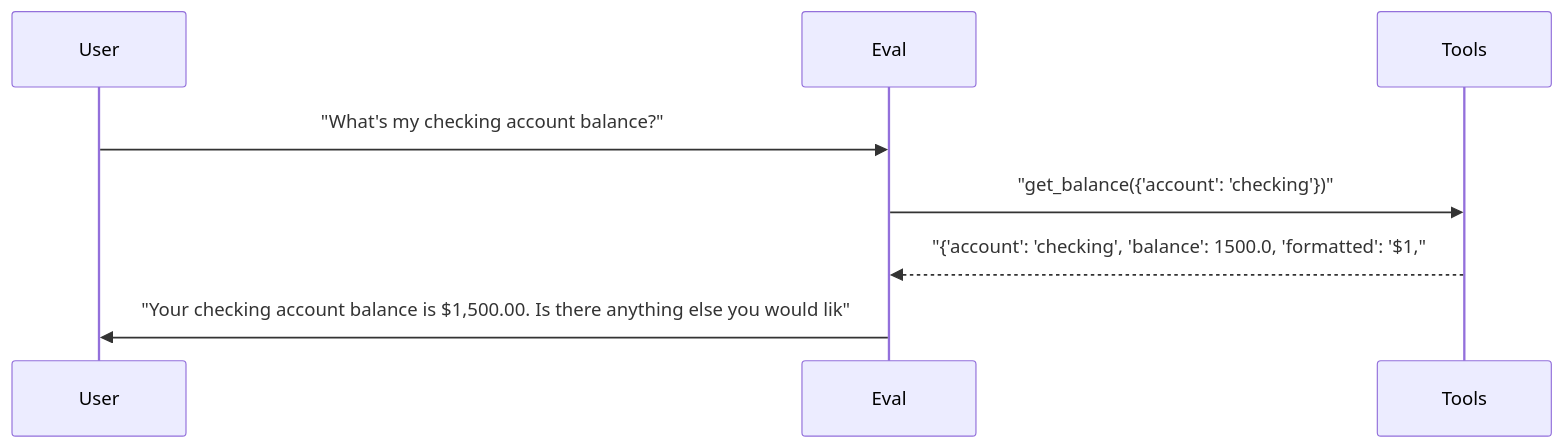
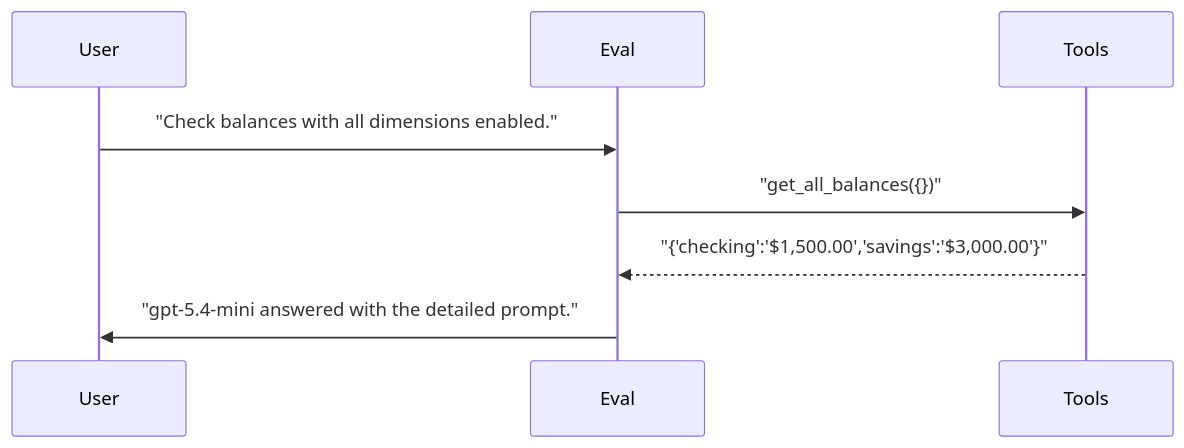
Before and after one commit to sbroenne/pytest-skill-engineering: the second of 4 diagrams in docs/reports/10_dimension_detection.md, drawn with Mermaid. The commit also changed other lines of this file and 137 other files, not shown here.

````diff
--- a/docs/reports/10_dimension_detection.md
+++ b/docs/reports/10_dimension_detection.md
@@ -159,11 +94,11 @@
 ```mermaid
 sequenceDiagram
     participant User
     participant Eval
     participant Tools
 
-    User->>Eval: "What's my checking account balance?"
-    Eval->>Tools: "get_balance({'account': 'checking'})"
-    Tools-->>Eval: "{'account': 'checking', 'balance': 1500.0, 'formatted': '$1,"
-    Eval->>User: "Your checking account balance is $1,500.00. Is there anything else you would lik"
+    User->>Eval: "Check balances with all dimensions enabled."
+    Eval->>Tools: "get_all_balances({})"
+    Tools-->>Eval: "{'checking':'$1,500.00','savings':'$3,000.00'}"
+    Eval->>User: "gpt-5.4-mini answered with the detailed prompt."
 ```
````
